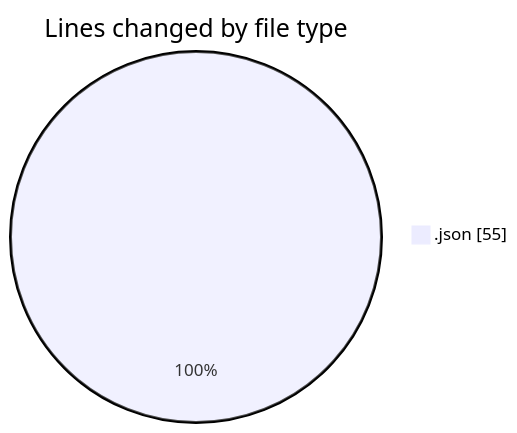
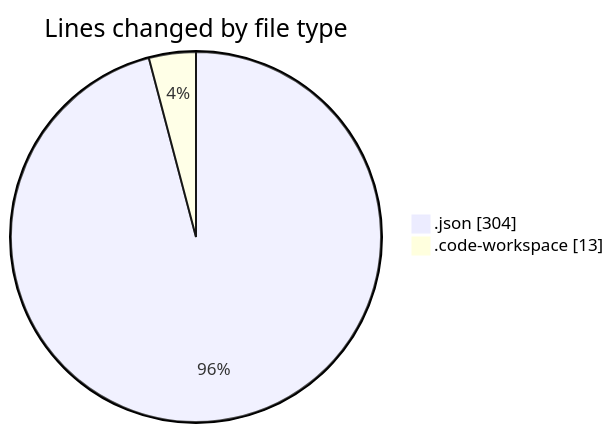
Before and after one commit to jadenblack/code-tracking: the first of 2 diagrams in 2026-02-25/_monorepo-template__workspace_/README.md, drawn with Mermaid. The commit also changed other lines of this file and 1 other file, not shown here.

````diff
--- a/2026-02-25/_monorepo-template__workspace_/README.md
+++ b/2026-02-25/_monorepo-template__workspace_/README.md
@@ -20,5 +22,6 @@
 ```mermaid
 pie showData
 title Lines changed by file type
-".json" : 55
+".json" : 304
+".code-workspace" : 13
 ```
````
